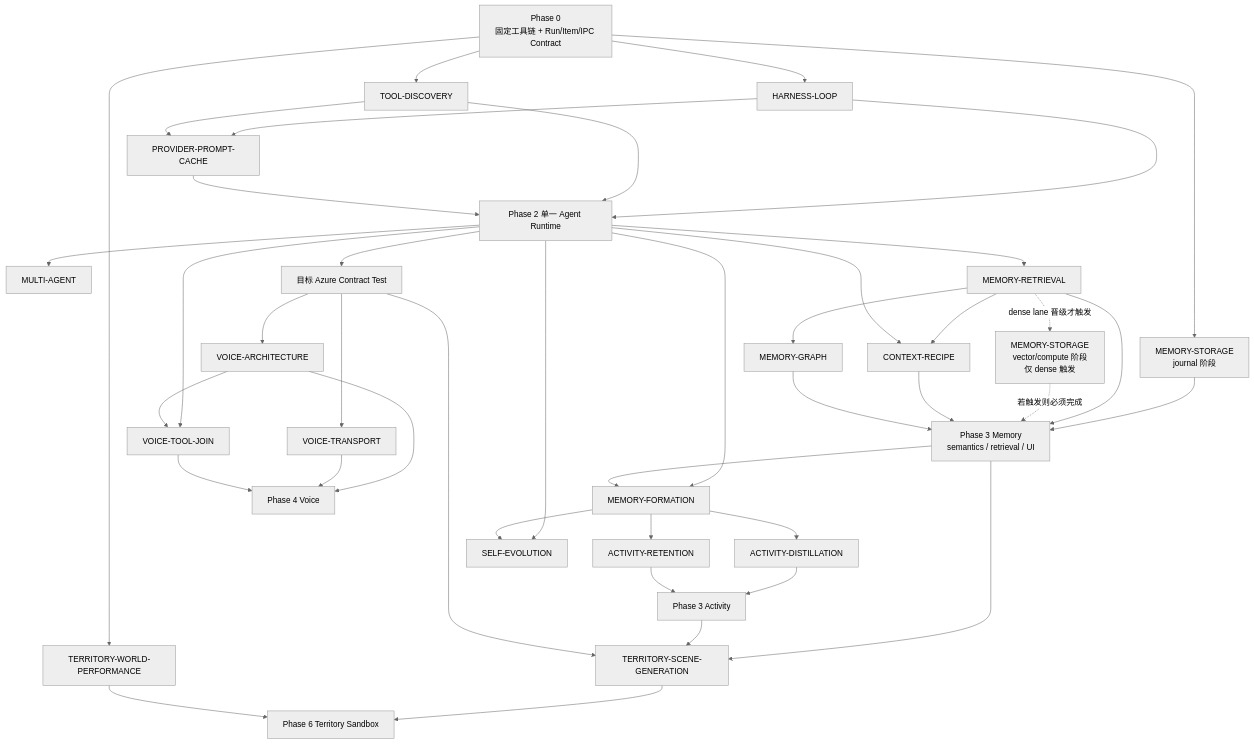
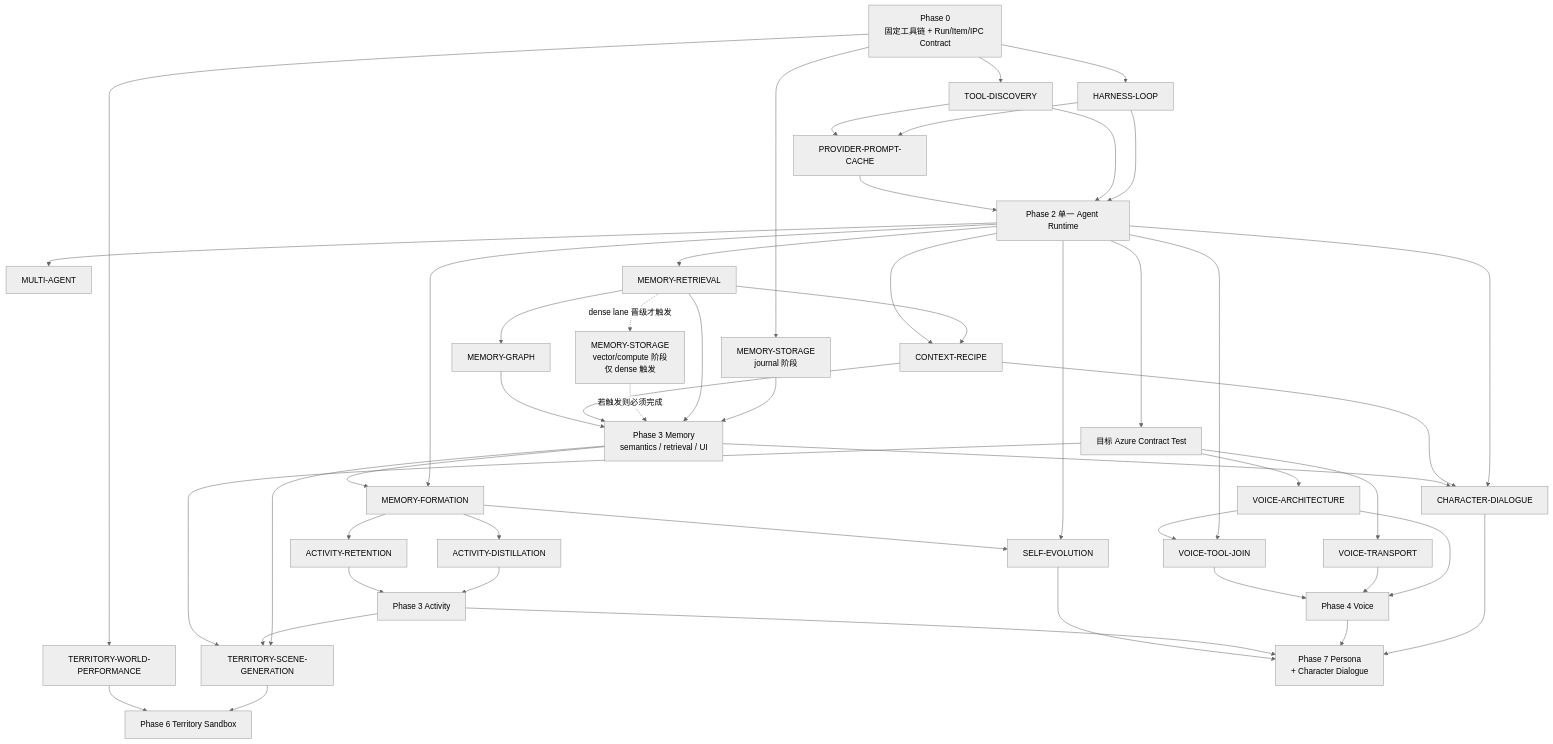
The diagram in refactor-architecture-decisions-2026-07-31.md (MicroYui/chara-mate), drawn with Mermaid (neutral theme) before and after one commit. The commit also changed other lines of this file and 104 other files, not shown here.

````diff
--- a/refactor-architecture-decisions-2026-07-31.md
+++ b/refactor-architecture-decisions-2026-07-31.md
@@ -312,6 +313,8 @@
     V["Phase 4 Voice"]
 
     SE["SELF-EVOLUTION"]
+    CD["CHARACTER-DIALOGUE"]
+    PERS["Phase 7 Persona<br/>+ Character Dialogue"]
 
     F --> H
     F --> T
@@ -358,4 +361,12 @@
 
     A --> SE
     MF --> SE
+
+    A --> CD
+    C --> CD
+    M --> CD
+    CD --> PERS
+    V --> PERS
+    ACT --> PERS
+    SE --> PERS
 ```
````
